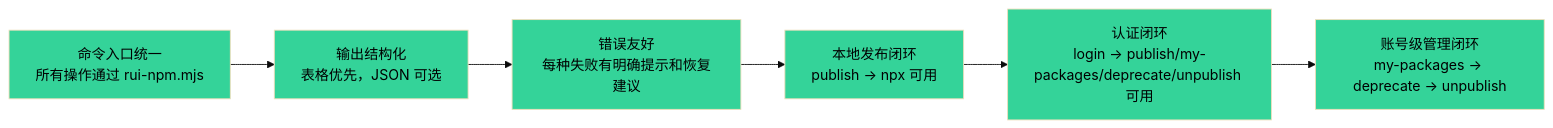
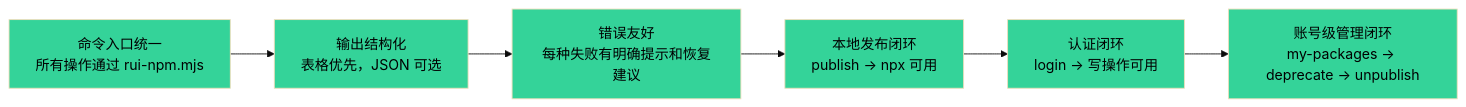
One commit to effiy/YrY changed the third of 3 diagrams in skills/rui-npm/SKILL.md. Above: the diagram before and after it, drawn with Mermaid (base theme). The commit also changed other lines of this file and 341 other files, not shown here.

````diff
--- a/skills/rui-npm/SKILL.md
+++ b/skills/rui-npm/SKILL.md
@@ -502,10 +144,10 @@
 ```mermaid
 flowchart LR
     S1["命令入口统一<br/>所有操作通过 rui-npm.mjs"]:::sig --> S2["输出结构化<br/>表格优先，JSON 可选"]:::sig
     S2 --> S3["错误友好<br/>每种失败有明确提示和恢复建议"]:::sig
     S3 --> S4["本地发布闭环<br/>publish → npx 可用"]:::sig
-    S4 --> S5["认证闭环<br/>login → publish/my-packages/deprecate/unpublish 可用"]:::sig
+    S4 --> S5["认证闭环<br/>login → 写操作可用"]:::sig
     S5 --> S6["账号级管理闭环<br/>my-packages → deprecate → unpublish"]:::sig
 
     classDef sig fill:#34d399,color:#000
 ```
````
